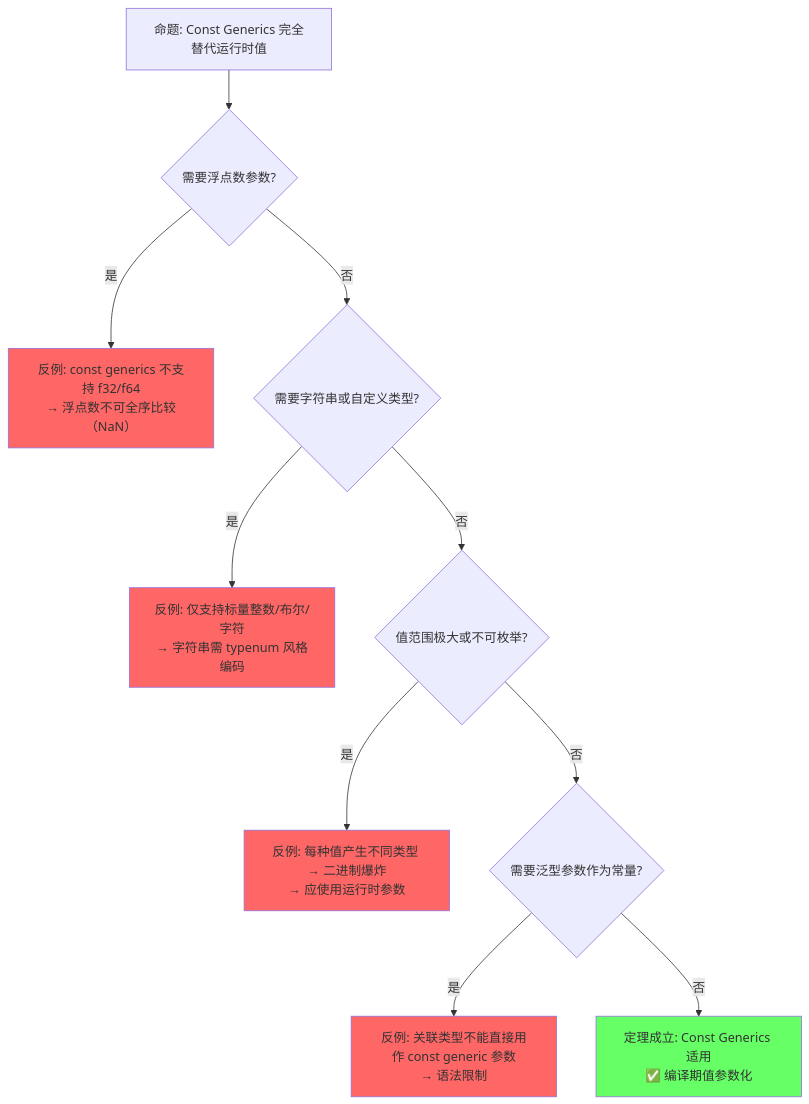
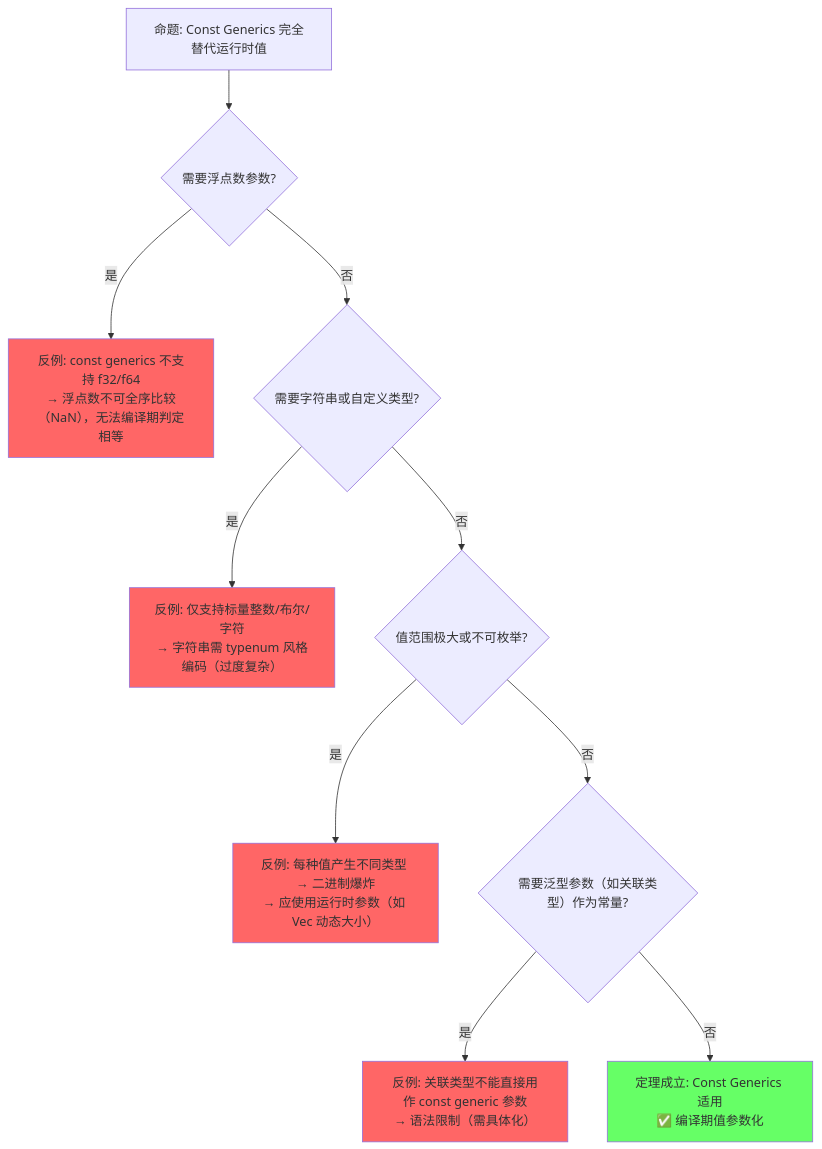
One commit to martin-ly/rust-lang changed the fifth of 5 diagrams in concept/02_intermediate/02_generics.md. Above: the diagram before and after it, drawn with Mermaid. The commit also changed other lines of this file and 3 other files, not shown here.

````diff
--- a/concept/02_intermediate/02_generics.md
+++ b/concept/02_intermediate/02_generics.md
@@ -407,18 +449,18 @@
 ```mermaid
 graph TD
     P["命题: Const Generics 完全替代运行时值"] --> Q1{"需要浮点数参数?"}
-    Q1 -->|是| F1["反例: const generics 不支持 f32/f64<br/>→ 浮点数不可全序比较（NaN）"]
+    Q1 -->|是| F1["反例: const generics 不支持 f32/f64<br/>→ 浮点数不可全序比较（NaN），无法编译期判定相等"]
     Q1 -->|否| Q2{"需要字符串或自定义类型?"}
-    Q2 -->|是| F2["反例: 仅支持标量整数/布尔/字符<br/>→ 字符串需 typenum 风格编码"]
+    Q2 -->|是| F2["反例: 仅支持标量整数/布尔/字符<br/>→ 字符串需 typenum 风格编码（过度复杂）"]
     Q2 -->|否| Q3{"值范围极大或不可枚举?"}
-    Q3 -->|是| F3["反例: 每种值产生不同类型 → 二进制爆炸<br/>→ 应使用运行时参数"]
-    Q3 -->|否| Q4{"需要泛型参数作为常量?"}
-    Q4 -->|是| F4["反例: 关联类型不能直接用作 const generic 参数<br/>→ 语法限制"]
+    Q3 -->|是| F3["反例: 每种值产生不同类型 → 二进制爆炸<br/>→ 应使用运行时参数（如 Vec 动态大小）"]
+    Q3 -->|否| Q4{"需要泛型参数（如关联类型）作为常量?"}
+    Q4 -->|是| F4["反例: 关联类型不能直接用作 const generic 参数<br/>→ 语法限制（需具体化）"]
     Q4 -->|否| T1["定理成立: Const Generics 适用<br/>✅ 编译期值参数化"]
 
     style F1 fill:#f66
     style F2 fill:#f66
     style F3 fill:#f66
     style F4 fill:#f66
     style T1 fill:#6f6
 ```
````
